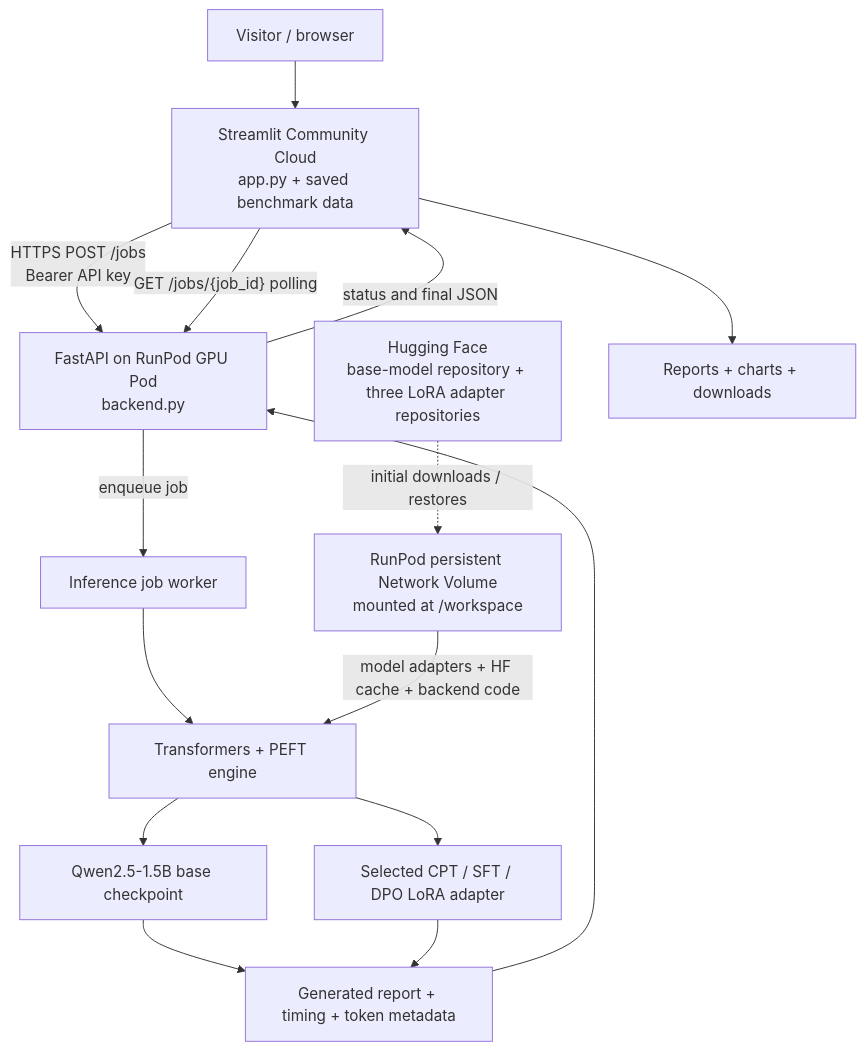
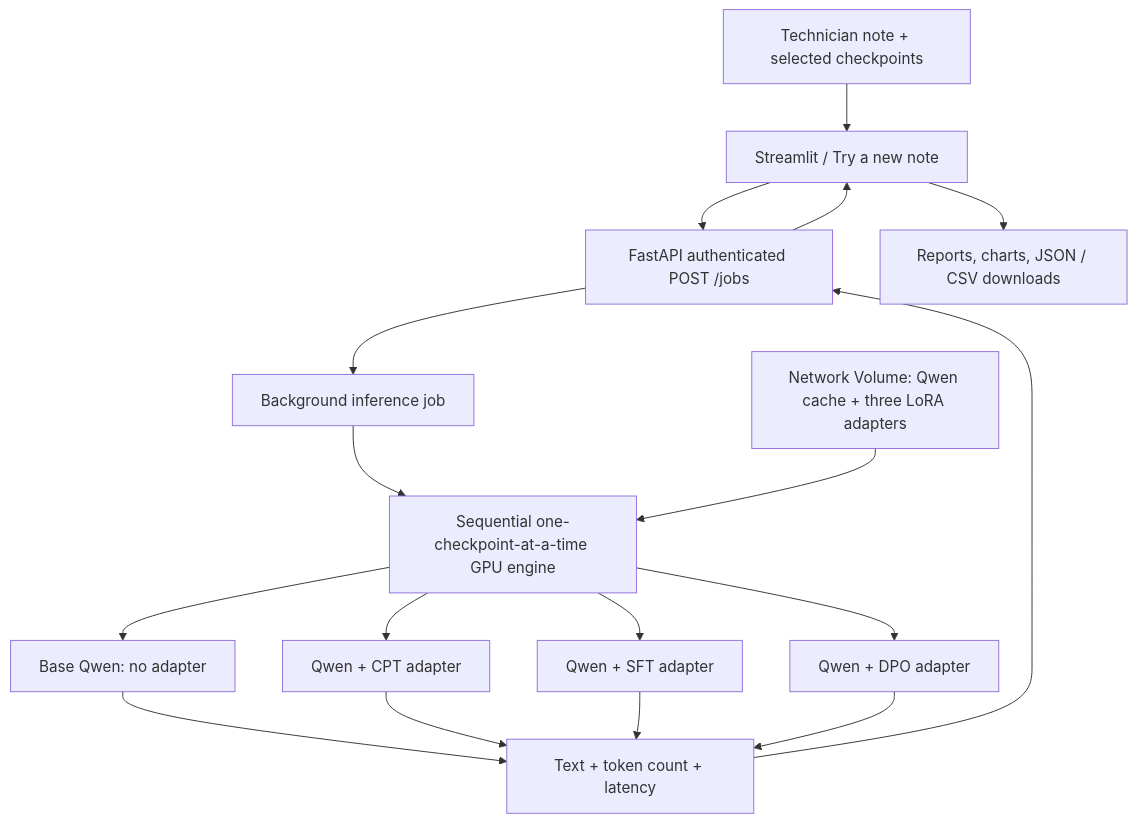
The second of 3 diagrams in README.md (imavantikahere/llm-post-training-and-alignment), drawn with Mermaid before and after one commit. The commit also changed other lines of this file, not shown here.

Commit message:
Document tested on-demand Pod inference, persistent CUDA setup, datasets and corrected architecture diagrams

````diff
--- a/README.md
+++ b/README.md
@@ -278,17 +252,19 @@
 ```mermaid
 flowchart TD
-    U["Visitor / browser"] --> S["Streamlit Community Cloud<br/>app.py + saved benchmark data"]
-    S -->|"HTTPS POST /jobs<br/>Bearer API key"| F["FastAPI on RunPod GPU Pod<br/>backend.py"]
-    F -->|"enqueue job"| J["Inference job worker"]
-    J --> E["Transformers + PEFT engine"]
-    H["Hugging Face<br/>base-model repository + three LoRA adapter repositories"] -.->|"initial downloads / restores"| V["RunPod persistent Network Volume<br/>mounted at /workspace"]
-    V -->|"model adapters + HF cache + backend code"| E
-    E --> Q["Qwen2.5-1.5B base checkpoint"]
-    E --> A["Selected CPT / SFT / DPO LoRA adapter"]
-    Q --> R["Generated report + timing + token metadata"]
-    A --> R
-    R --> F
-    S -->|"GET /jobs/{job_id} polling"| F
-    F -->|"status and final JSON"| S
-    S --> D["Reports + charts + downloads"]
+    Note["Technician note + selected checkpoints"] --> UI["Streamlit / Try a new note"]
+    UI --> API["FastAPI authenticated POST /jobs"]
+    API --> Job["Background inference job"]
+    Job --> Engine["Sequential one-checkpoint-at-a-time GPU engine"]
+    Volume["Network Volume: Qwen cache + three LoRA adapters"] --> Engine
+    Engine --> Base["Base Qwen: no adapter"]
+    Engine --> CPT["Qwen + CPT adapter"]
+    Engine --> SFT["Qwen + SFT adapter"]
+    Engine --> DPO["Qwen + DPO adapter"]
+    Base --> Output["Text + token count + latency"]
+    CPT --> Output
+    SFT --> Output
+    DPO --> Output
+    Output --> API
+    API --> UI
+    UI --> Charts["Reports, charts, JSON / CSV downloads"]
 ```
````
